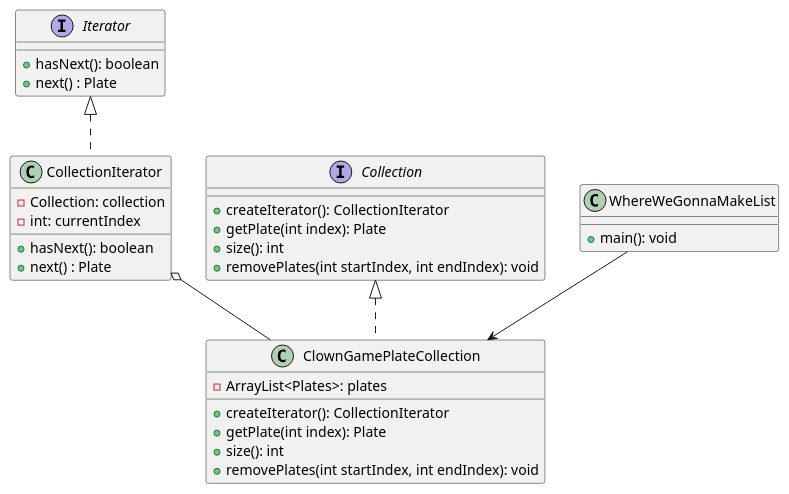
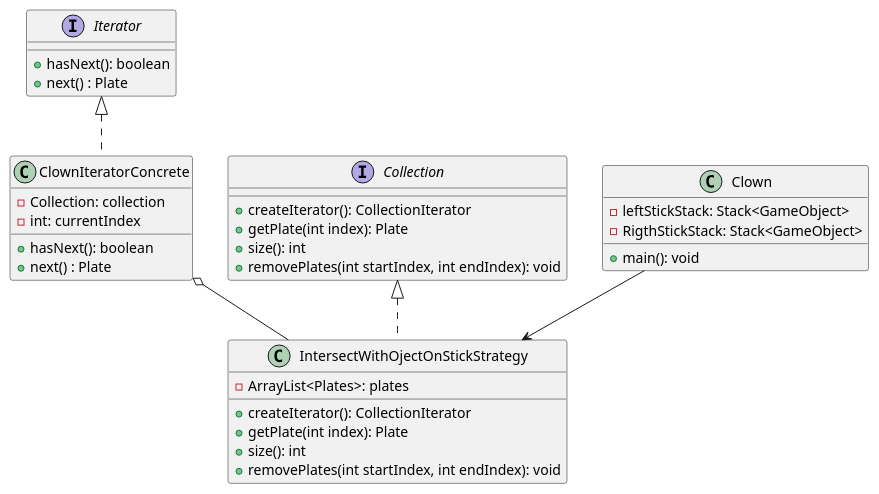
Before and after one commit to shadyalattarr/Circus-of-Plates: the diagram in UML/Design Patterns/Iterator.wsd, drawn with PlantUML. The commit also changed 2 other files, not shown here.

Commit message:
UML edits

```diff
--- a/UML/Design Patterns/Iterator.wsd
+++ b/UML/Design Patterns/Iterator.wsd
@@ -1,46 +1,48 @@
 @startuml Iterator
 
 interface Iterator { 
     +hasNext(): boolean
     +next() : Plate
 }
 
-class CollectionIterator { 
+class ClownIteratorConcrete { 
     -Collection: collection
     -int: currentIndex
 
     +hasNext(): boolean
     +next() : Plate
 }
 
 interface Collection{
     
     +createIterator(): CollectionIterator 
     +getPlate(int index): Plate
     +size(): int 
     +removePlates(int startIndex, int endIndex): void 
 }
 
-class ClownGamePlateCollection{
+class IntersectWithOjectOnStickStrategy{
     -ArrayList<Plates>: plates
 
 
 
     +createIterator(): CollectionIterator 
     +getPlate(int index): Plate
     +size(): int 
     +removePlates(int startIndex, int endIndex): void 
 }
 
-class WhereWeGonnaMakeList{
+class Clown{
     +main(): void
+    -leftStickStack: Stack<GameObject>
+    -RigthStickStack: Stack<GameObject>
 }
 
-Iterator <|.. CollectionIterator
-Collection <|.. ClownGamePlateCollection
+Iterator <|.. ClownIteratorConcrete
+Collection <|.. IntersectWithOjectOnStickStrategy
 
-CollectionIterator o-- ClownGamePlateCollection
+ClownIteratorConcrete o-- IntersectWithOjectOnStickStrategy
 
-WhereWeGonnaMakeList --> ClownGamePlateCollection
+Clown --> IntersectWithOjectOnStickStrategy
 
 @enduml
```
